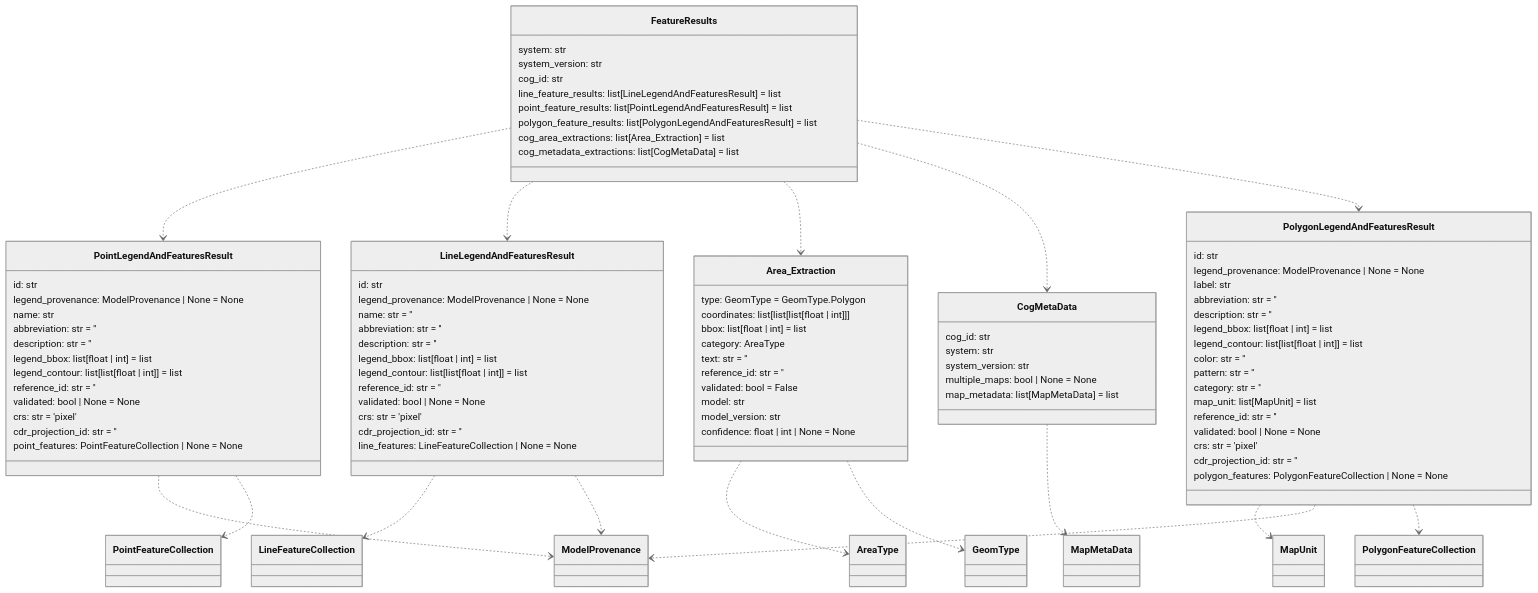
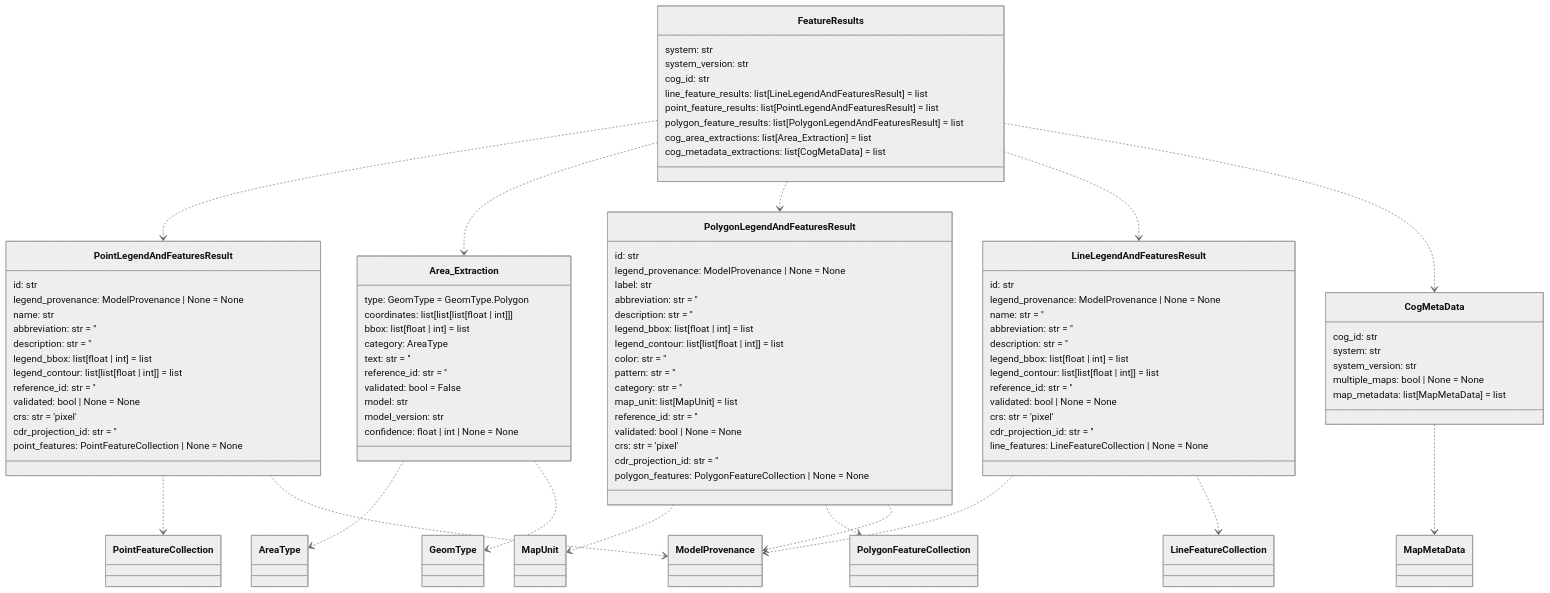
Before and after one commit to DARPA-CRITICALMAAS/cdr_schemas: the fourth of 14 diagrams in README.md, drawn with Mermaid (neutral theme). The commit also changed other lines of this file and 3 other files, not shown here.

First line of the commit message:
Beak-TA3 BNN and SOM Schema Additions

````diff
--- a/README.md
+++ b/README.md
@@ -271,21 +271,6 @@
         crs: str = 'pixel'
         cdr_projection_id: str = ''
         point_features: PointFeatureCollection | None = None
-    }
-
-    class LineLegendAndFeaturesResult {
-        id: str
-        legend_provenance: ModelProvenance | None = None
-        name: str = ''
-        abbreviation: str = ''
-        description: str = ''
-        legend_bbox: list[float | int] = list
-        legend_contour: list[list[float | int]] = list
-        reference_id: str = ''
-        validated: bool | None = None
-        crs: str = 'pixel'
-        cdr_projection_id: str = ''
-        line_features: LineFeatureCollection | None = None
     }
 
     class FeatureResults {
@@ -312,14 +297,6 @@
         confidence: float | int | None = None
     }
 
-    class CogMetaData {
-        cog_id: str
-        system: str
-        system_version: str
-        multiple_maps: bool | None = None
-        map_metadata: list[MapMetaData] = list
-    }
-
     class PolygonLegendAndFeaturesResult {
         id: str
         legend_provenance: ModelProvenance | None = None
@@ -339,21 +316,44 @@
         polygon_features: PolygonFeatureCollection | None = None
     }
 
+    class LineLegendAndFeaturesResult {
+        id: str
+        legend_provenance: ModelProvenance | None = None
+        name: str = ''
+        abbreviation: str = ''
+        description: str = ''
+        legend_bbox: list[float | int] = list
+        legend_contour: list[list[float | int]] = list
+        reference_id: str = ''
+        validated: bool | None = None
+        crs: str = 'pixel'
+        cdr_projection_id: str = ''
+        line_features: LineFeatureCollection | None = None
+    }
+
+    class CogMetaData {
+        cog_id: str
+        system: str
+        system_version: str
+        multiple_maps: bool | None = None
+        map_metadata: list[MapMetaData] = list
+    }
+
     Area_Extraction ..> AreaType
     Area_Extraction ..> GeomType
+    LineLegendAndFeaturesResult ..> ModelProvenance
     LineLegendAndFeaturesResult ..> LineFeatureCollection
-    LineLegendAndFeaturesResult ..> ModelProvenance
+    PointLegendAndFeaturesResult ..> PointFeatureCollection
     PointLegendAndFeaturesResult ..> ModelProvenance
-    PointLegendAndFeaturesResult ..> PointFeatureCollection
     PolygonLegendAndFeaturesResult ..> MapUnit
+    PolygonLegendAndFeaturesResult ..> PolygonFeatureCollection
     PolygonLegendAndFeaturesResult ..> ModelProvenance
-    PolygonLegendAndFeaturesResult ..> PolygonFeatureCollection
     CogMetaData ..> MapMetaData
     FeatureResults ..> PointLegendAndFeaturesResult
+    FeatureResults ..> Area_Extraction
+    FeatureResults ..> PolygonLegendAndFeaturesResult
     FeatureResults ..> LineLegendAndFeaturesResult
-    FeatureResults ..> Area_Extraction
     FeatureResults ..> CogMetaData
-    FeatureResults ..> PolygonLegendAndFeaturesResult
 
 
 ```
````
